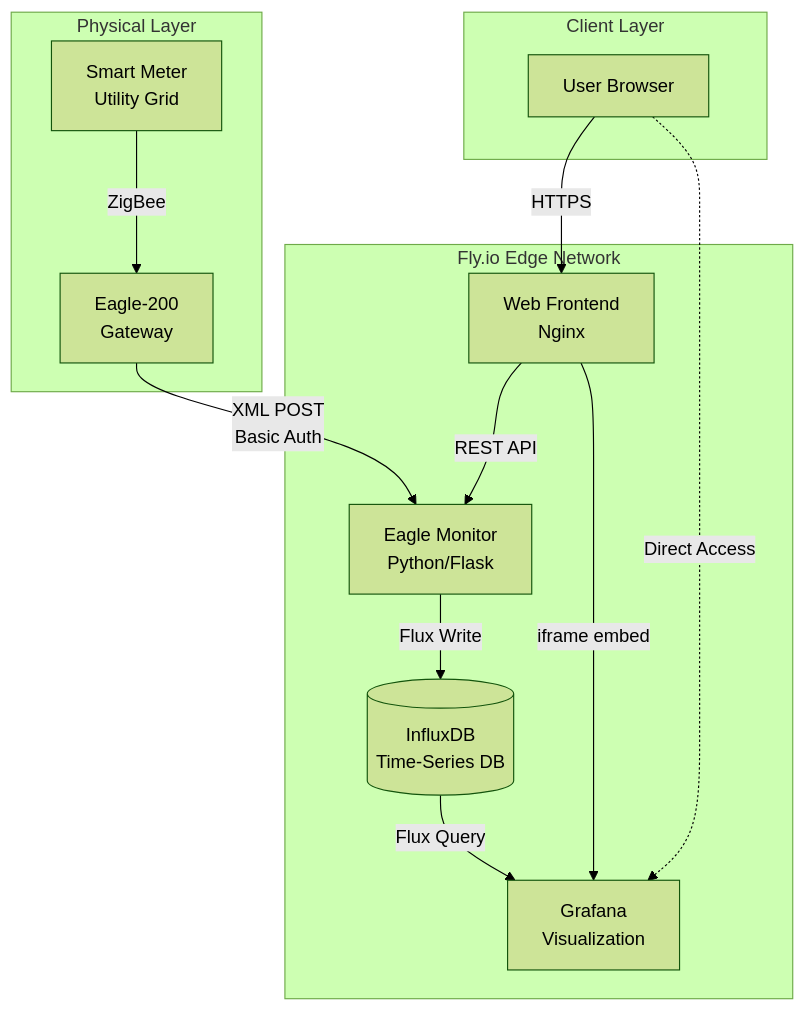
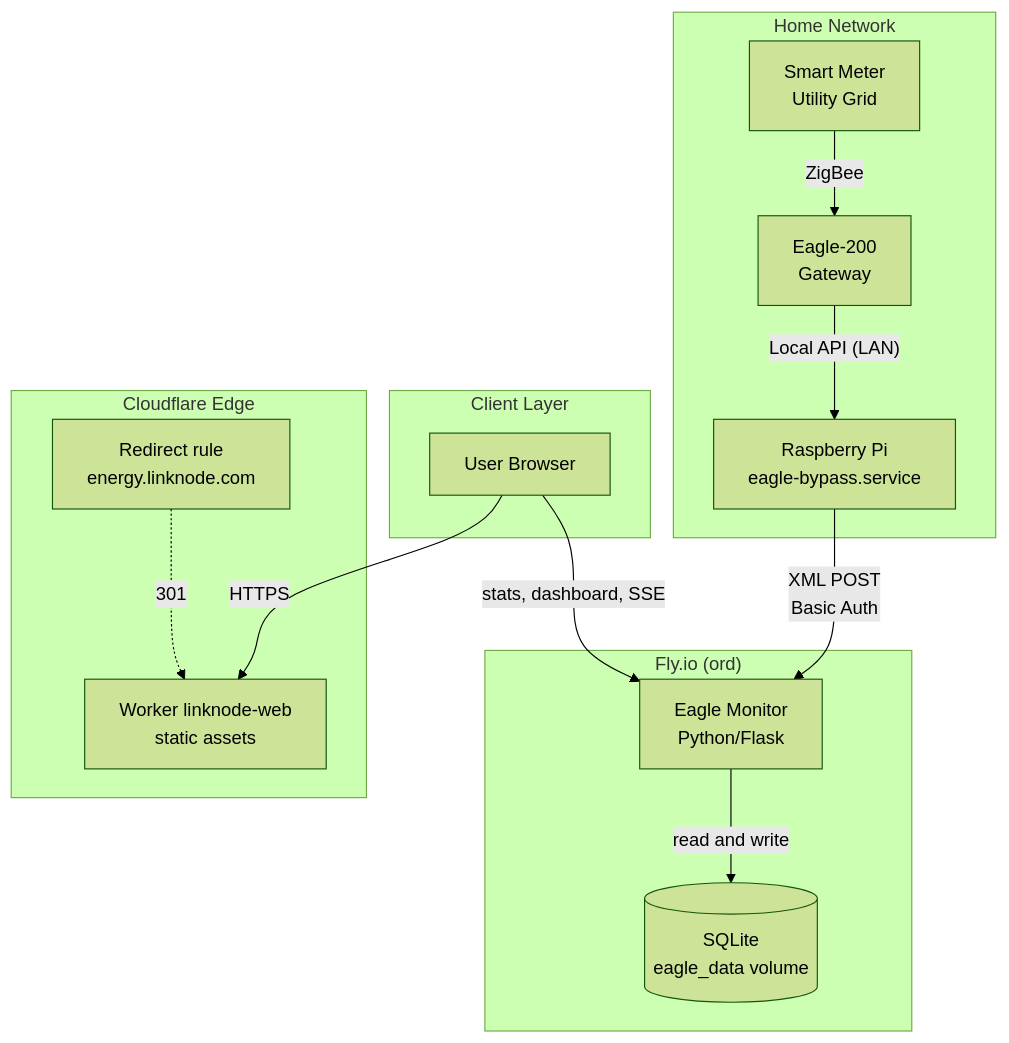
The first of 9 diagrams in docs/THEORY_OF_OPERATION.md (murr2k/linknode-com), drawn with Mermaid (forest theme) before and after one commit. The commit also changed other lines of this file and 47 other files, not shown here.

````diff
--- a/docs/THEORY_OF_OPERATION.md
+++ b/docs/THEORY_OF_OPERATION.md
@@ -22,20 +27,25 @@
 ```mermaid
 graph TB
-    subgraph "Physical Layer"
-        SM[Smart Meter<br/>Utility Grid] -->|ZigBee| E200[Eagle-200<br/>Gateway]
+    subgraph "Home Network"
+        SM["Smart Meter<br/>Utility Grid"] -->|ZigBee| E200["Eagle-200<br/>Gateway"]
+        E200 -->|"Local API (LAN)"| PI["Raspberry Pi<br/>eagle-bypass.service"]
     end
 
-    subgraph "Fly.io Edge Network"
-        E200 -->|XML POST<br/>Basic Auth| EM[Eagle Monitor<br/>Python/Flask]
-        EM -->|Flux Write| IDB[(InfluxDB<br/>Time-Series DB)]
-        IDB -->|Flux Query| GF[Grafana<br/>Visualization]
+    subgraph "Fly.io (ord)"
+        EM["Eagle Monitor<br/>Python/Flask"] -->|"read and write"| DB[("SQLite<br/>eagle_data volume")]
+    end
 
-        WEB[Web Frontend<br/>Nginx] -->|REST API| EM
-        WEB -->|iframe embed| GF
+    subgraph "Cloudflare Edge"
+        WEB["Worker linknode-web<br/>static assets"]
+        RR["Redirect rule<br/>energy.linknode.com"]
     end
 
     subgraph "Client Layer"
-        USER[User Browser] -->|HTTPS| WEB
-        USER -.->|Direct Access| GF
+        USER["User Browser"]
     end
+
+    PI -->|"XML POST<br/>Basic Auth"| EM
+    USER -->|HTTPS| WEB
+    USER -->|"stats, dashboard, SSE"| EM
+    RR -.->|301| WEB
 ```
````
